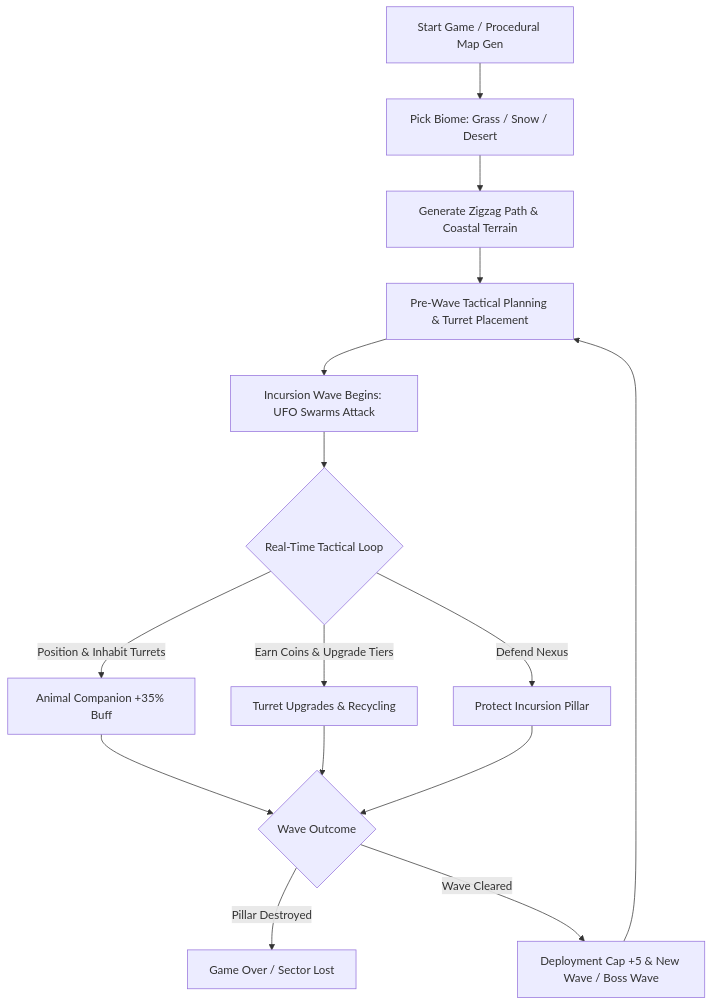
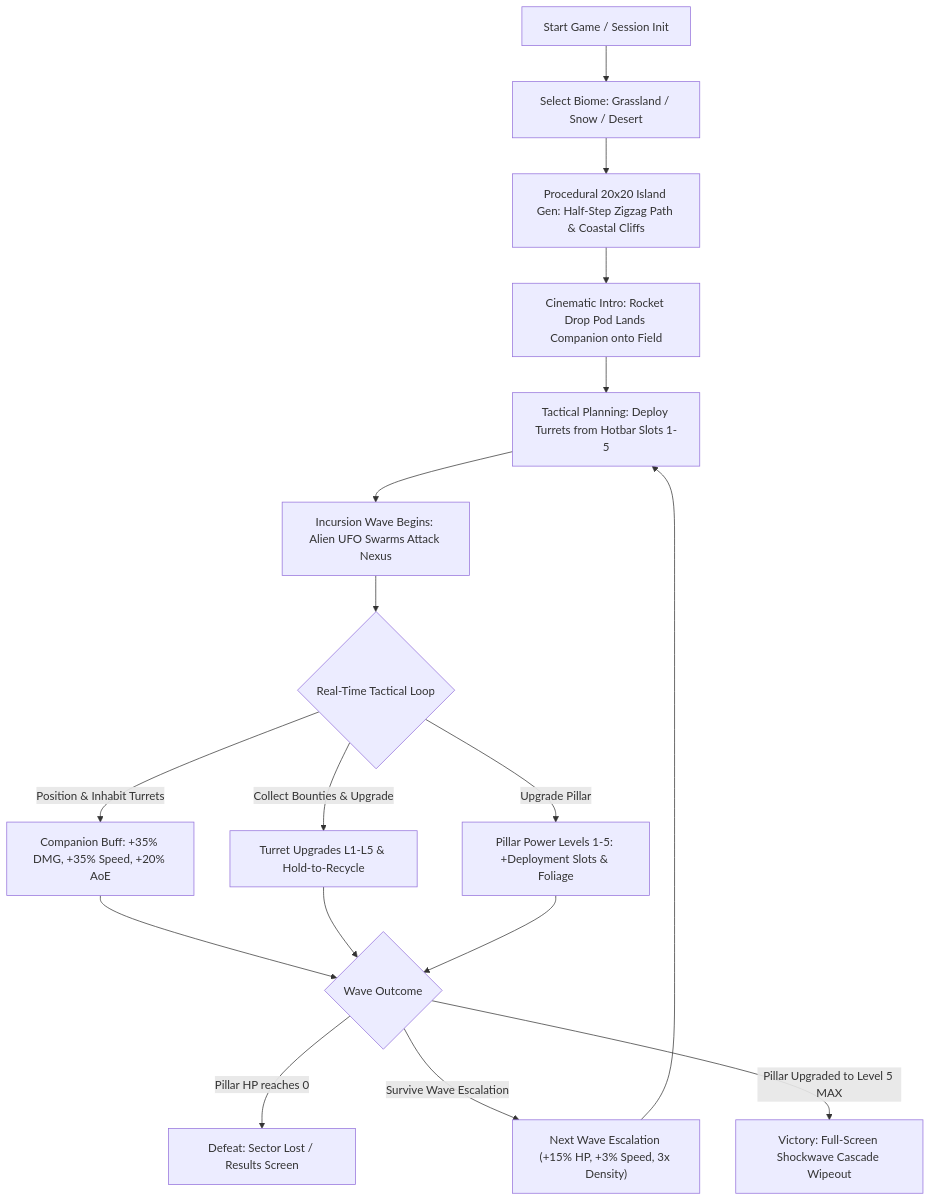
The first of 6 diagrams in docs/executive_summary.md (arlandoapraharjo/chaosmal-defense-td), drawn with Mermaid before and after one commit. The commit also changed other lines of this file and 3 other files, not shown here.

````diff
--- a/docs/executive_summary.md
+++ b/docs/executive_summary.md
@@ -20,17 +20,19 @@
 ```mermaid #center
 graph TD
-    A["Start Game / Procedural Map Gen"] --> B["Pick Biome: Grass / Snow / Desert"]
-    B --> C["Generate Zigzag Path & Coastal Terrain"]
-    C --> D["Pre-Wave Tactical Planning & Turret Placement"]
-    D --> E["Incursion Wave Begins: UFO Swarms Attack"]
-    E --> F{"Real-Time Tactical Loop"}
-    F -->|Position & Inhabit Turrets| G["Animal Companion +35% Buff"]
-    F -->|Earn Coins & Upgrade Tiers| H["Turret Upgrades & Recycling"]
-    F -->|Defend Nexus| I["Protect Incursion Pillar"]
-    G --> J{"Wave Outcome"}
-    H --> J
-    I --> J
-    J -->|Pillar Destroyed| K["Game Over / Sector Lost"]
-    J -->|Wave Cleared| L["Deployment Cap +5 & New Wave / Boss Wave"]
-    L --> D
+    A["Start Game / Session Init"] --> B["Select Biome: Grassland / Snow / Desert"]
+    B --> C["Procedural 20x20 Island Gen: Half-Step Zigzag Path & Coastal Cliffs"]
+    C --> D["Cinematic Intro: Rocket Drop Pod Lands Companion onto Field"]
+    D --> E["Tactical Planning: Deploy Turrets from Hotbar Slots 1-5"]
+    E --> F["Incursion Wave Begins: Alien UFO Swarms Attack Nexus"]
+    F --> G{"Real-Time Tactical Loop"}
+    G -->|Position & Inhabit Turrets| H["Companion Buff: +35% DMG, +35% Speed, +20% AoE"]
+    G -->|Collect Bounties & Upgrade| I["Turret Upgrades L1-L5 & Hold-to-Recycle"]
+    G -->|Upgrade Pillar| J["Pillar Power Levels 1-5: +Deployment Slots & Foliage"]
+    H --> K{"Wave Outcome"}
+    I --> K
+    J --> K
+    K -->|Pillar HP reaches 0| L["Defeat: Sector Lost / Results Screen"]
+    K -->|Survive Wave Escalation| M["Next Wave Escalation (+15% HP, +3% Speed, 3x Density)"]
+    M --> E
+    K -->|Pillar Upgraded to Level 5 MAX| N["Victory: Full-Screen Shockwave Cascade Wipeout"]
 ```
````
